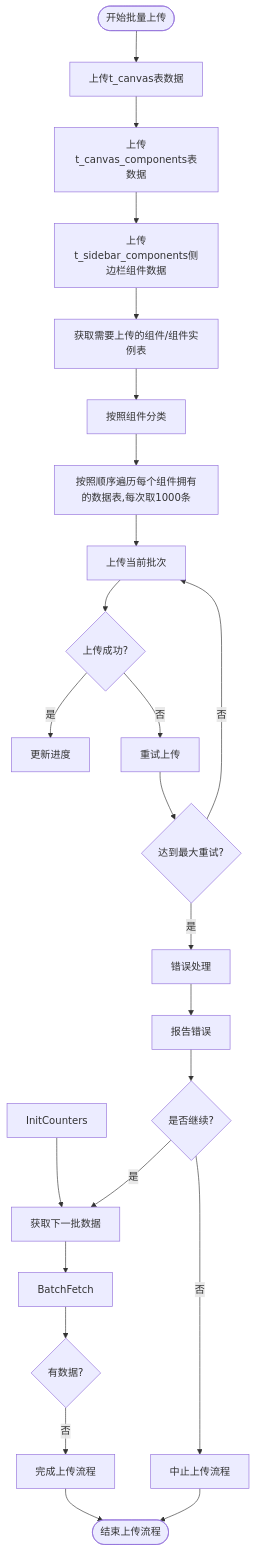
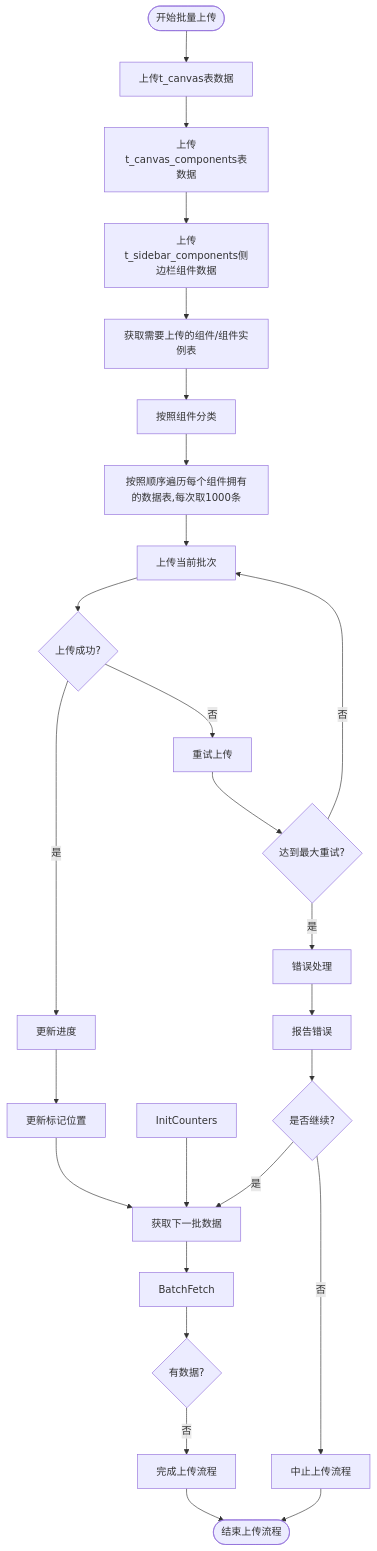
The diagram in all/未命名-51.md (yingjianzh/iodraw-files), drawn with Mermaid before and after one commit.

Commit message:
2025-05-08 17:32:35 update

````diff
--- a/all/未命名-51.md
+++ b/all/未命名-51.md
@@ -1,39 +1,40 @@
 ```mermaid
 flowchart TD
     Start([开始批量上传]) --> UploadSpaceData[上传t_canvas表数据]
     UploadSpaceData --> UploadComponentListData[上传t_canvas_components表数据]
     UploadComponentListData --> UploadSiderComponent[上传t_sidebar_components侧边栏组件数据]
     UploadSiderComponent --> FetchData[获取需要上传的组件/组件实例表]
     FetchData --> ClassifyData[按照组件分类]
     ClassifyData --> UploadData[按照顺序遍历每个组件拥有的数据表,每次取1000条]
     UploadData --> UploadBatch[上传当前批次]
     
+    UpdateProgress --> UpdateMarker[更新标记位置]
+    UpdateMarker --> FetchNextBatch[获取下一批数据]
     
-    
-    InitCounters --> FetchNextBatch[获取下一批数据]
+    InitCounters --> FetchNextBatch
     
     
     FetchNextBatch --> BatchFetch
     
     BatchFetch --> CheckResults{有数据?}
     CheckResults -->|否| CompleteUpload[完成上传流程]
      
     
     UploadBatch --> UploadSuccess{上传成功?}
     UploadSuccess -->|是| UpdateProgress[更新进度]
     UploadSuccess -->|否| RetryUpload[重试上传]
     
     RetryUpload --> MaxRetries{达到最大重试?}
     MaxRetries -->|否| UploadBatch
     MaxRetries -->|是| ErrorHandling[错误处理]
     
     ErrorHandling --> ReportError[报告错误]
     ReportError --> ContinueOption{是否继续?}
     ContinueOption -->|是| FetchNextBatch
     ContinueOption -->|否| AbortProcess[中止上传流程]
     
     
     
     CompleteUpload --> End([结束上传流程])
     AbortProcess --> End
 ```
````
